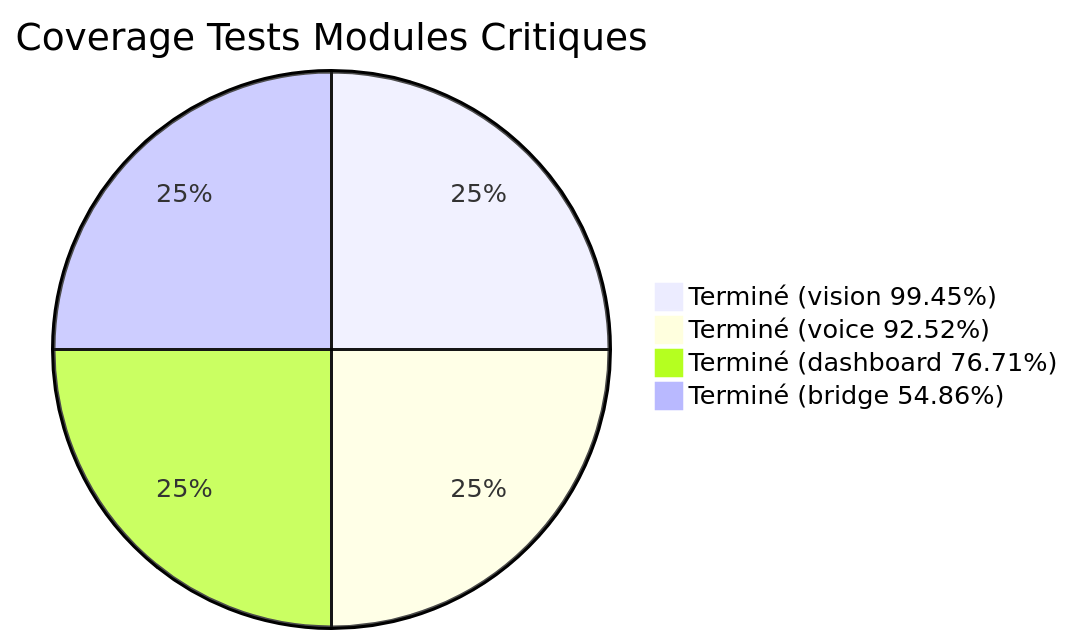
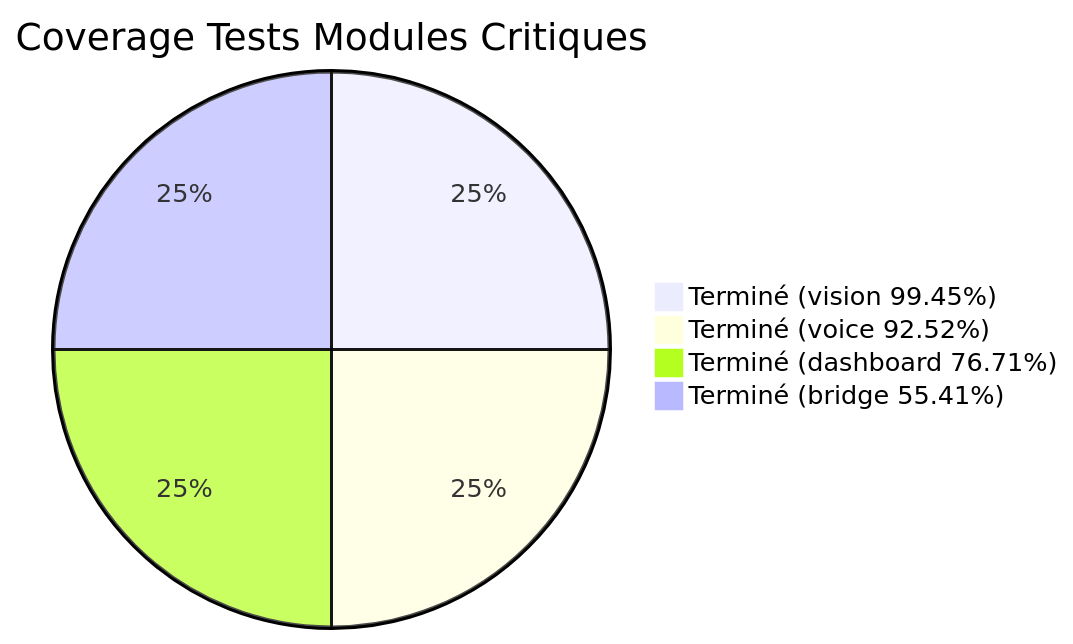
Before and after one commit to arkalia-luna-system/bbia-sim: the second of 3 diagrams in docs/TACHES_A_FAIRE_CONSOLIDEES.md, drawn with Mermaid. The commit also changed other lines of this file and 28 other files, not shown here.

````diff
--- a/docs/TACHES_A_FAIRE_CONSOLIDEES.md
+++ b/docs/TACHES_A_FAIRE_CONSOLIDEES.md
@@ -74,7 +74,7 @@
 ```mermaid
 pie title Coverage Tests Modules Critiques
     "Terminé (vision 99.45%)" : 1
     "Terminé (voice 92.52%)" : 1
     "Terminé (dashboard 76.71%)" : 1
-    "Terminé (bridge 54.86%)" : 1
+    "Terminé (bridge 55.41%)" : 1
 ```
````
